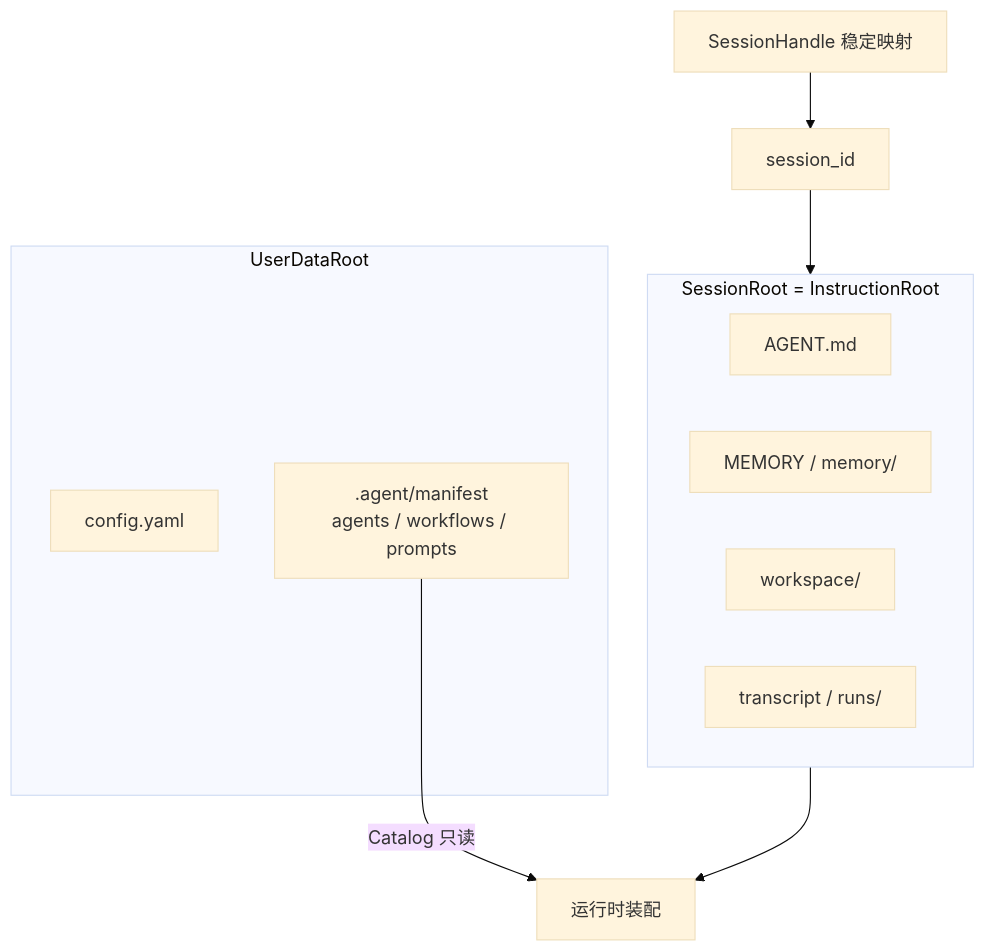
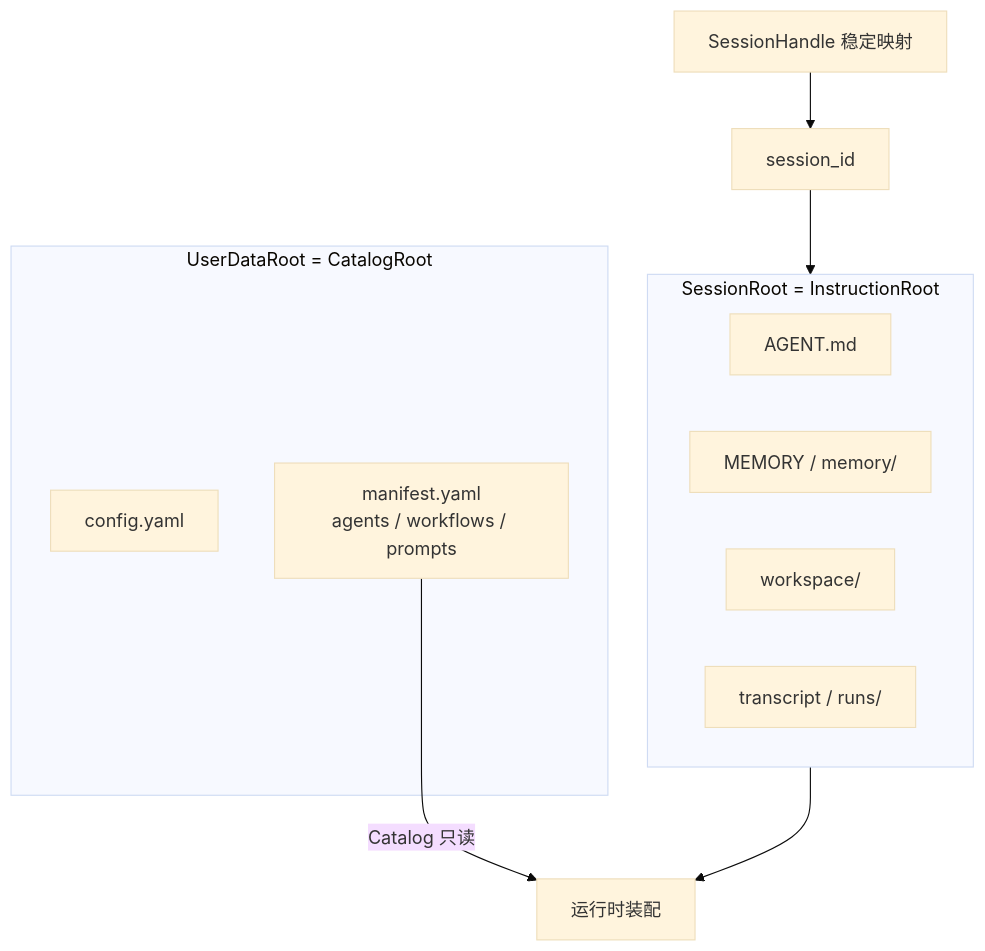
The seventh of 9 diagrams in docs/architecture.md (lengzhao/oneclaw), drawn with Mermaid (base theme) before and after one commit. The commit also changed other lines of this file and 9 other files, not shown here.

````diff
--- a/docs/architecture.md
+++ b/docs/architecture.md
@@ -209,17 +211,17 @@
 ```mermaid
 flowchart TB
-  subgraph global [UserDataRoot]
+  subgraph global [UserDataRoot = CatalogRoot]
     CFG[config.yaml]
-    MAN[.agent/manifest<br/>agents / workflows / prompts]
+    MAN[manifest.yaml<br/>agents / workflows / prompts]
   end
   subgraph session [SessionRoot = InstructionRoot]
     AG[AGENT.md]
     MEM[MEMORY / memory/]
     WS[workspace/]
     TR[transcript / runs/]
   end
   SH[SessionHandle 稳定映射] --> SID[session_id]
   SID --> session
   MAN -->|Catalog 只读| RUN[运行时装配]
   session --> RUN
 ```
````
